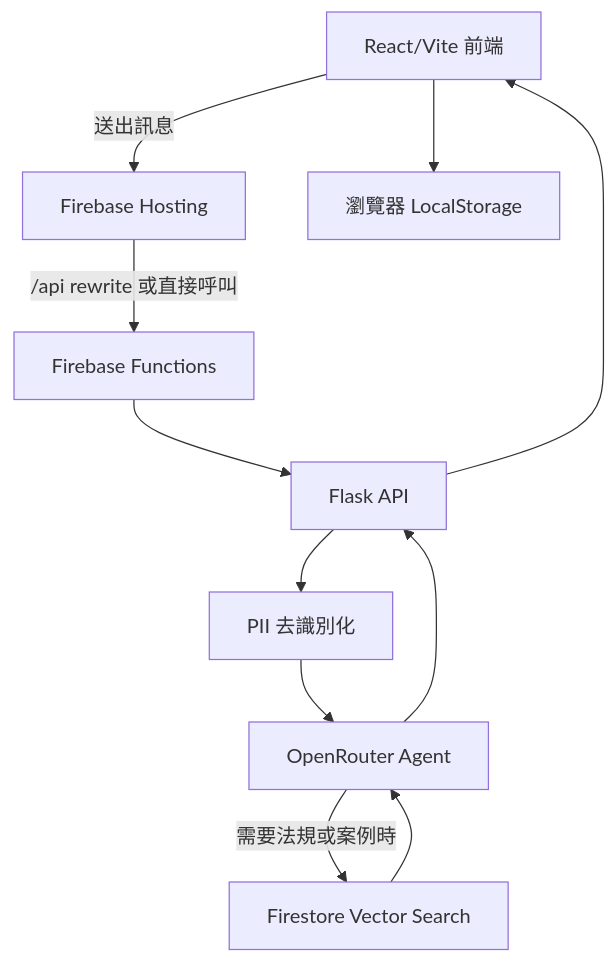
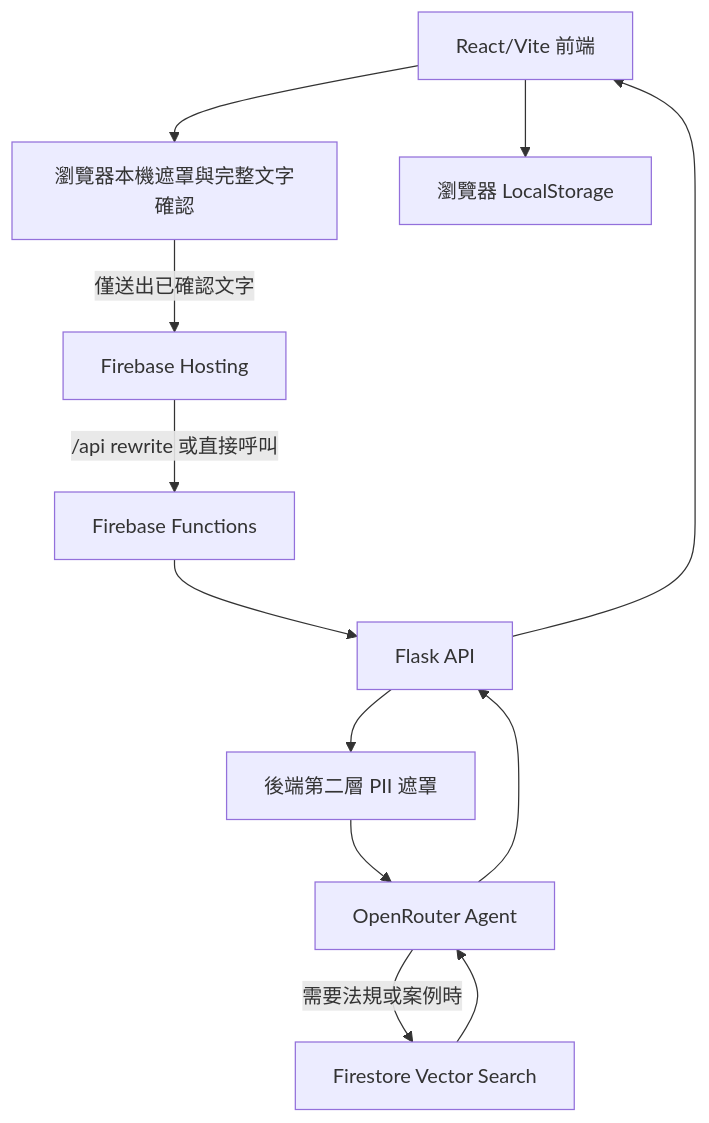
The diagram in README.md (TWCkaijin/Anti-Harassment-Bot), drawn with Mermaid before and after one commit. The commit also changed other lines of this file and 110 other files, not shown here.

````diff
--- a/README.md
+++ b/README.md
@@ -29,13 +39,14 @@
 ```mermaid
 graph TD
-    A[React/Vite 前端] -->|送出訊息| B[Firebase Hosting]
+    A[React/Vite 前端] --> P[瀏覽器本機遮罩與完整文字確認]
+    P -->|僅送出已確認文字| B[Firebase Hosting]
     B -->|/api rewrite 或直接呼叫| C[Firebase Functions]
     C --> D[Flask API]
-    D --> E[PII 去識別化]
+    D --> E[後端第二層 PII 遮罩]
     E --> F[OpenRouter Agent]
     F -->|需要法規或案例時| G[Firestore Vector Search]
     G --> F
     F --> D
     D --> A
     A --> H[瀏覽器 LocalStorage]
 ```
````
